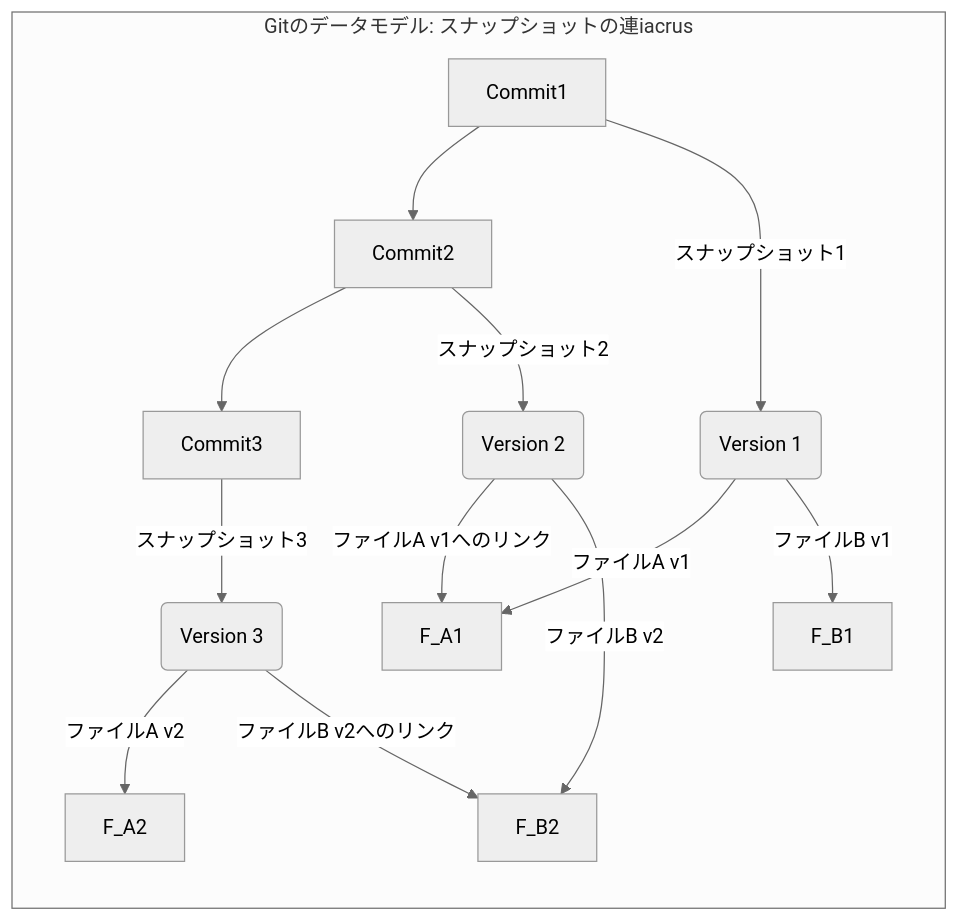
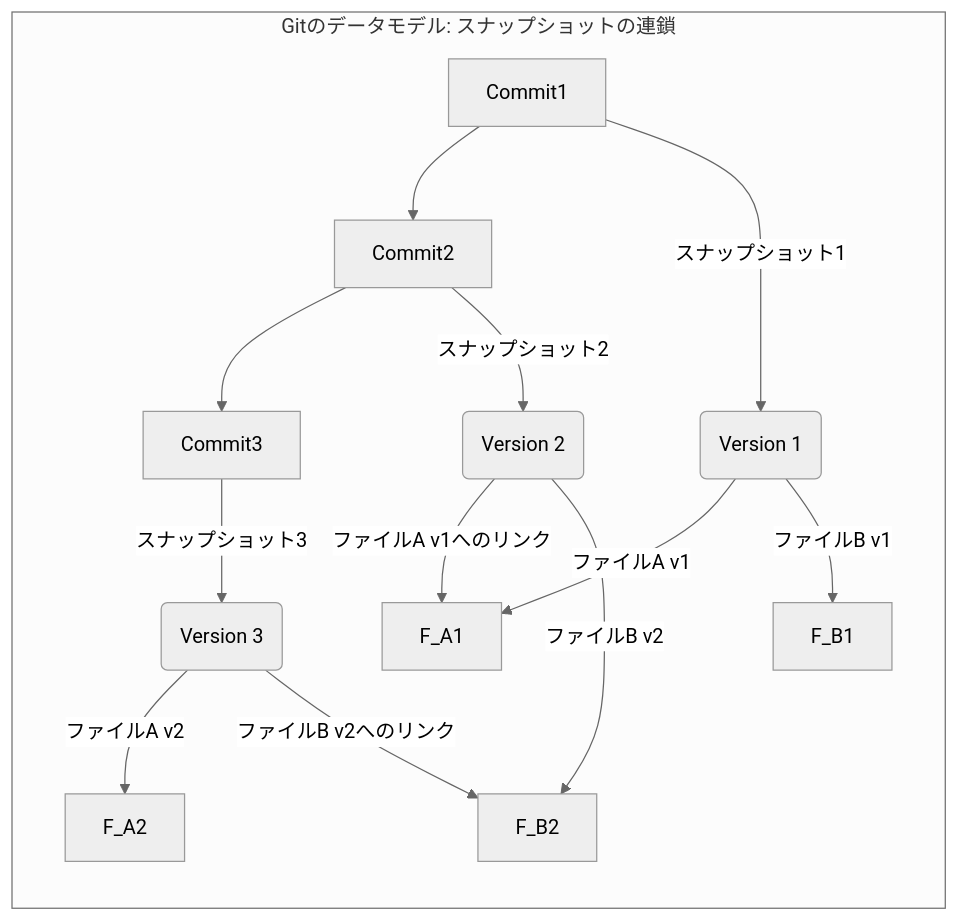
Before and after one commit to engineers-hub-ltd-in-house-project/git-deep-understanding: the second of 2 diagrams in manuscript/part1/chapter01.md, drawn with Mermaid (neutral theme). The commit also changed other lines of this file and 36 other files, not shown here.

````diff
--- a/manuscript/part1/chapter01.md
+++ b/manuscript/part1/chapter01.md
@@ -79,18 +79,18 @@
 ```mermaid
 graph LR
-    subgraph Gitのデータモデル: スナップショットの連iacrus
+    subgraph Gitのデータモデル: スナップショットの連鎖
         Commit1 --> Commit2 --> Commit3
         Commit1 -- "スナップショット1" --> S1(Version 1)
         Commit2 -- "スナップショット2" --> S2(Version 2)
         Commit3 -- "スナップショット3" --> S3(Version 3)
 
         S1 -- "ファイルA v1" --> F_A1
         S1 -- "ファイルB v1" --> F_B1
 
         S2 -- "ファイルA v1へのリンク" --> F_A1
         S2 -- "ファイルB v2" --> F_B2
 
         S3 -- "ファイルA v2" --> F_A2
         S3 -- "ファイルB v2へのリンク" --> F_B2
     end
 ```
````
